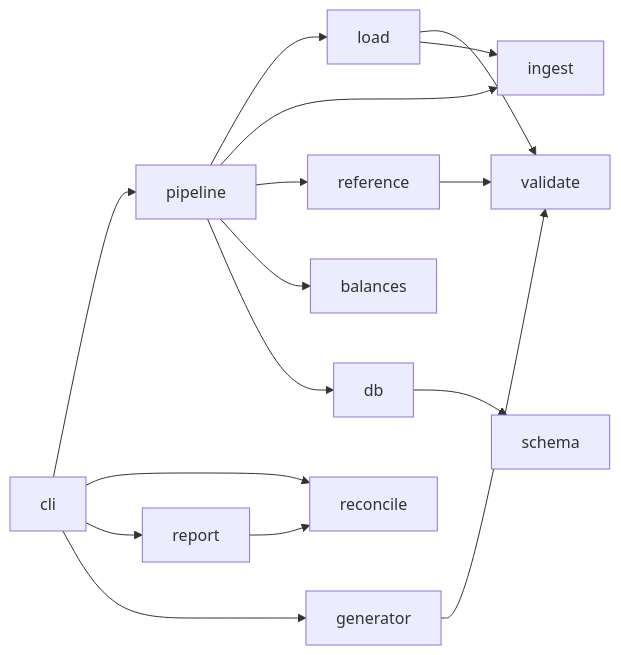
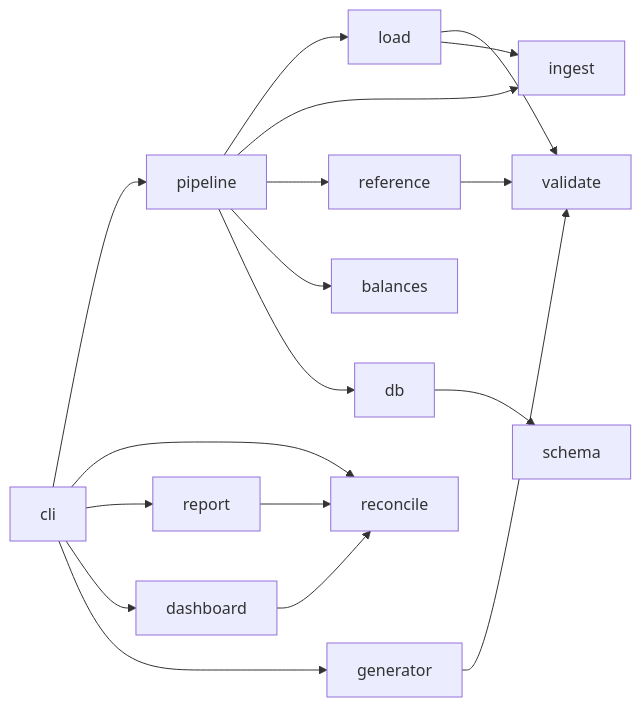
One commit to risri-odoo/inventory-daily-balance-pipeline changed the second of 2 diagrams in docs/architecture.md. Above: the diagram before and after it, drawn with Mermaid. The commit also changed other lines of this file and 7 other files, not shown here.

````diff
--- a/docs/architecture.md
+++ b/docs/architecture.md
@@ -67,12 +73,13 @@
 ```mermaid
 flowchart LR
     cli --> pipeline --> load --> validate
     pipeline --> ingest
     pipeline --> reference --> validate
     pipeline --> balances
     cli --> reconcile
     cli --> report --> reconcile
+    cli --> dashboard --> reconcile
     cli --> generator --> validate
     pipeline --> db --> schema
     load --> ingest
 ```
````
